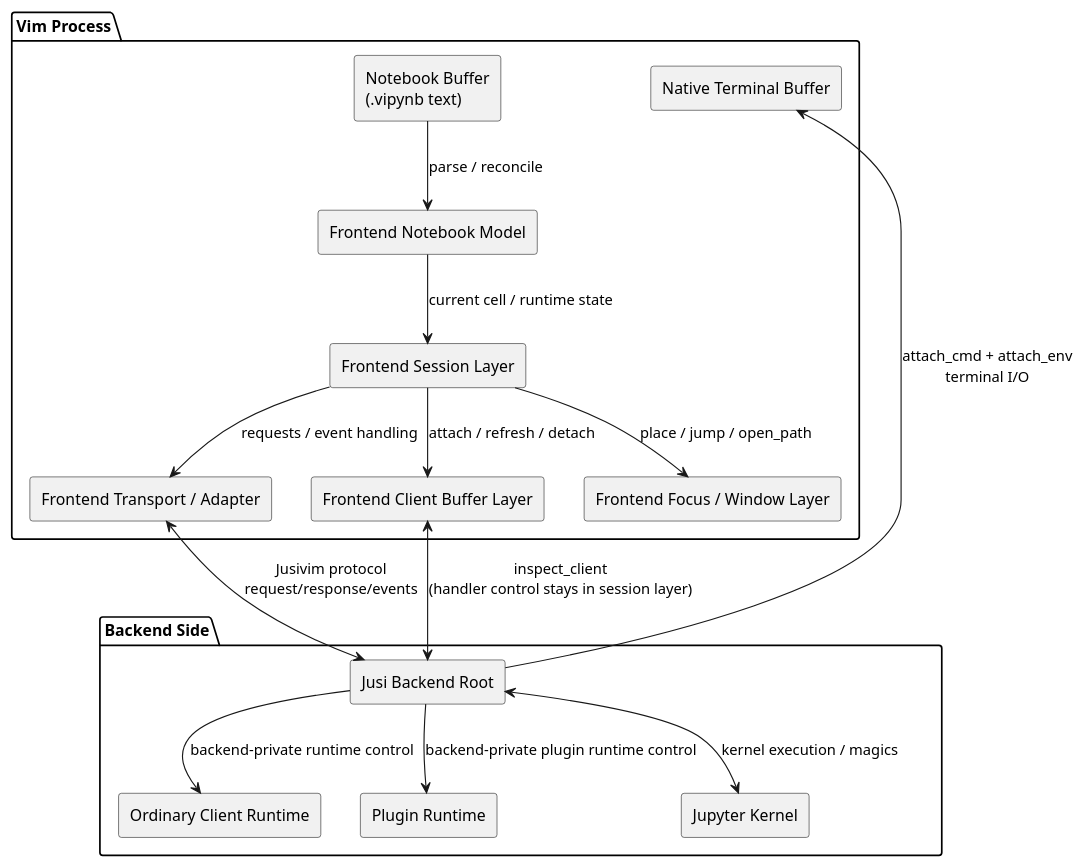
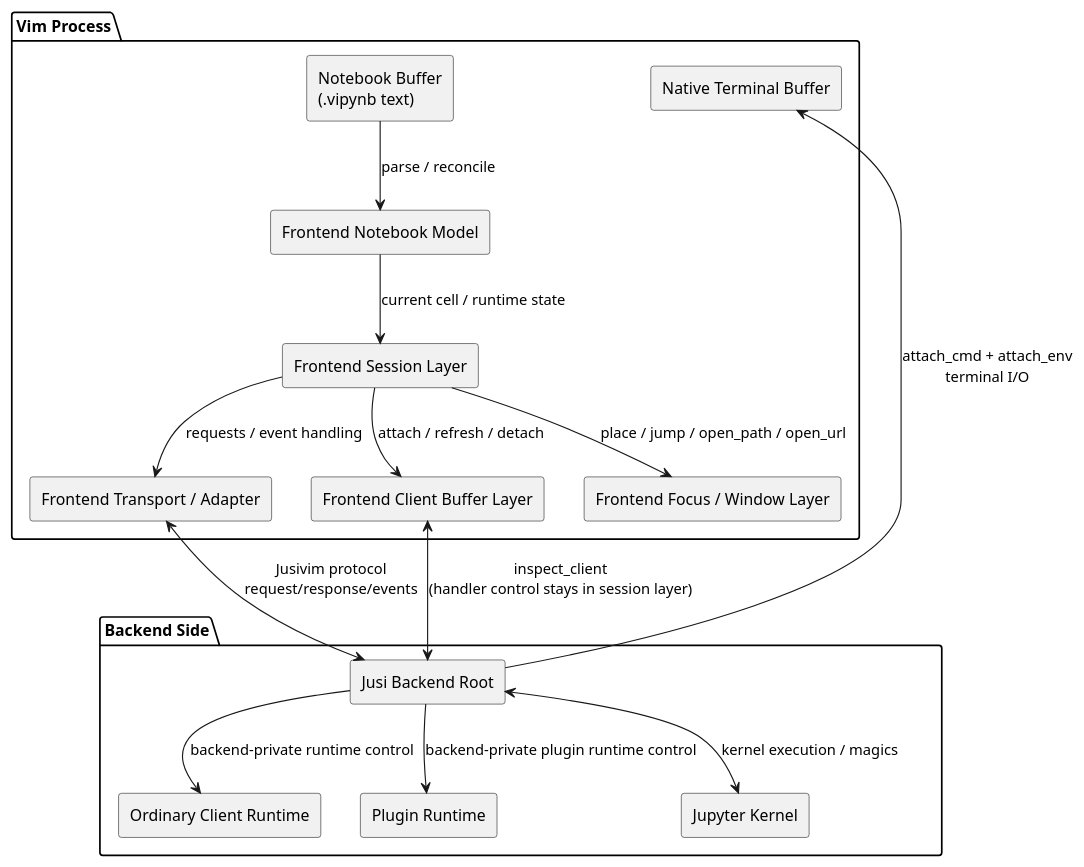
Before and after one commit to notawhaleble/jusivim: the first of 5 diagrams in docs/runtime-flows.md, drawn with PlantUML. The commit also changed other lines of this file and 11 other files, not shown here.

````diff
--- a/docs/runtime-flows.md
+++ b/docs/runtime-flows.md
@@ -16,36 +16,36 @@
 ```plantuml
 @startuml
 skinparam componentStyle rectangle
 
 package "Vim Process" {
   [Notebook Buffer\n(.vipynb text)]
   [Frontend Notebook Model]
   [Frontend Session Layer]
   [Frontend Transport / Adapter]
   [Frontend Client Buffer Layer]
   [Frontend Focus / Window Layer]
   [Native Terminal Buffer]
 }
 
 package "Backend Side" {
   [Jusi Backend Root]
   [Ordinary Client Runtime]
   [Plugin Runtime]
   [Jupyter Kernel]
 }
 
 [Notebook Buffer\n(.vipynb text)] --> [Frontend Notebook Model] : parse / reconcile
 [Frontend Notebook Model] --> [Frontend Session Layer] : current cell / runtime state
 [Frontend Session Layer] --> [Frontend Transport / Adapter] : requests / event handling
 [Frontend Session Layer] --> [Frontend Client Buffer Layer] : attach / refresh / detach
-[Frontend Session Layer] --> [Frontend Focus / Window Layer] : place / jump / open_path
+[Frontend Session Layer] --> [Frontend Focus / Window Layer] : place / jump / open_path / open_url
 
 [Frontend Transport / Adapter] <--> [Jusi Backend Root] : Jusivim protocol\nrequest/response/events
 [Jusi Backend Root] <--> [Jupyter Kernel] : kernel execution / magics
 [Jusi Backend Root] --> [Ordinary Client Runtime] : backend-private runtime control
 [Jusi Backend Root] --> [Plugin Runtime] : backend-private plugin runtime control
 [Jusi Backend Root] --> [Native Terminal Buffer] : attach_cmd + attach_env\nterminal I/O
 [Frontend Client Buffer Layer] <--> [Jusi Backend Root] : inspect_client\n(handler control stays in session layer)
 
 @enduml
 ```
````
